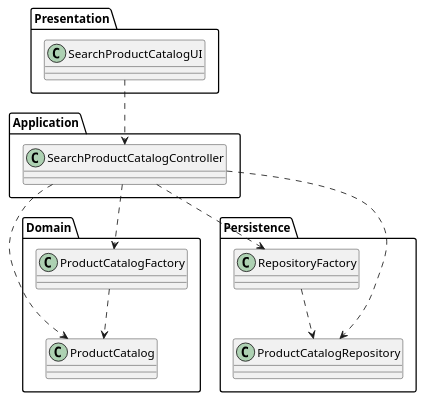
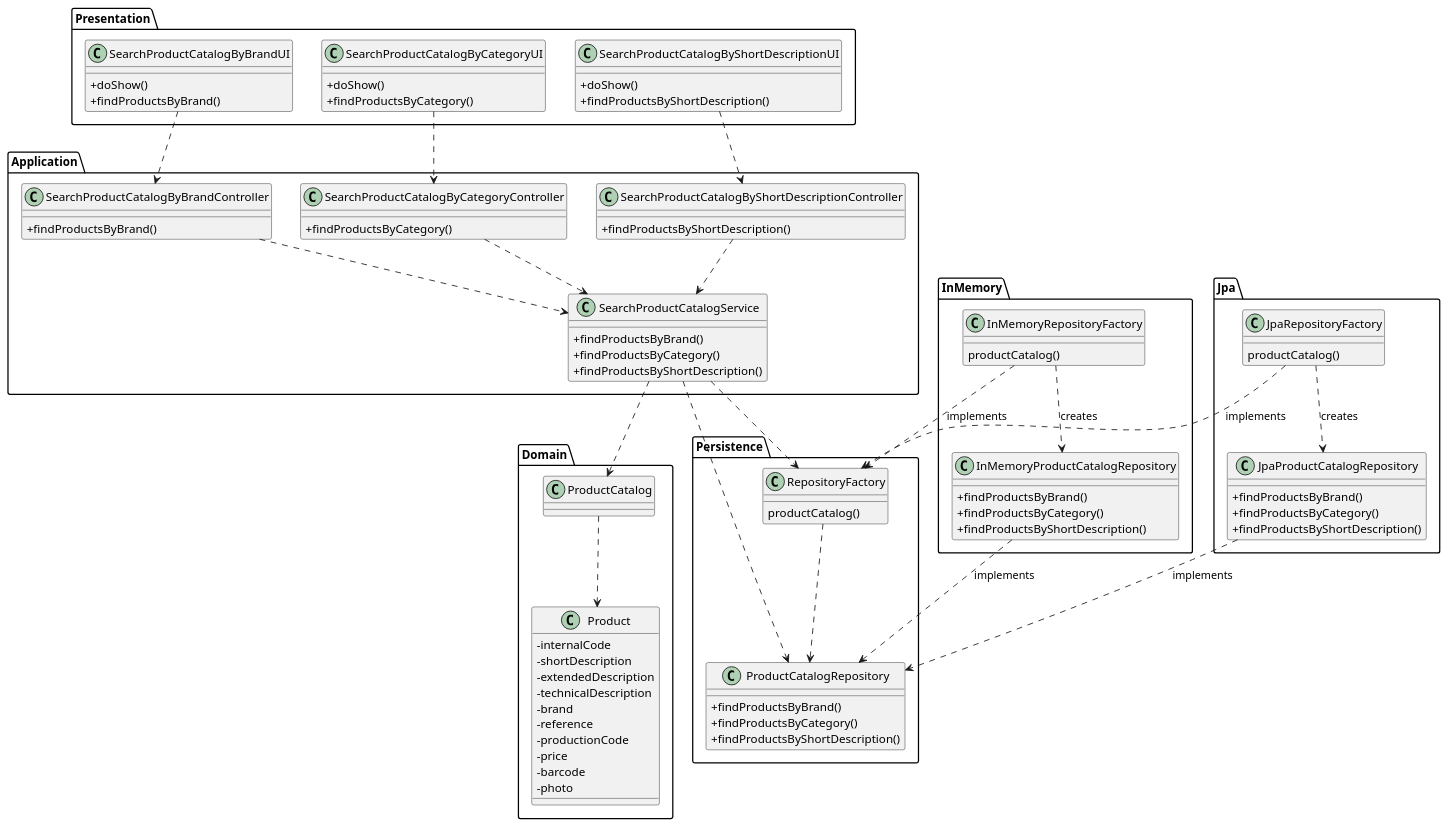
One commit to 1190772/LAB-Project-4 changed the diagram in Documentação/1200616/US1002/US1002_CD.puml. Above: the diagram before and after it, drawn with PlantUML. The commit also changed 1 other file, not shown here.

```diff
--- a/Documentação/1200616/US1002/US1002_CD.puml
+++ b/Documentação/1200616/US1002/US1002_CD.puml
@@ -1,40 +1,117 @@
 @startuml
 skinparam classAttributeIconSize 0
 
 Package Presentation{
-class SearchProductCatalogUI {
+class SearchProductCatalogByBrandUI {
+    +doShow()
+    +findProductsByBrand()
 }
+
+class SearchProductCatalogByCategoryUI {
+    +doShow()
+    +findProductsByCategory()
+}
+
+class SearchProductCatalogByShortDescriptionUI {
+    +doShow()
+    +findProductsByShortDescription()
+}
+
 }
 
 Package Application{
 
-class SearchProductCatalogController {
+class SearchProductCatalogByBrandController {
+    +findProductsByBrand()
+}
+
+class SearchProductCatalogByCategoryController {
+    +findProductsByCategory()
+}
+
+class SearchProductCatalogByShortDescriptionController {
+    +findProductsByShortDescription()
+}
+
+class SearchProductCatalogService{
+    +findProductsByBrand()
+    +findProductsByCategory()
+    +findProductsByShortDescription()
 }
 }
 
 Package Domain{
 
 class ProductCatalog {
 }
 
-class ProductCatalogFactory{
+class Product{
+  -internalCode
+  -shortDescription
+  -extendedDescription
+  -technicalDescription
+  -brand
+  -reference
+  -productionCode
+  -price
+  -barcode
+  -photo
 }
 }
 
 
 Package Persistence{
 class RepositoryFactory{
+    productCatalog()
 }
 
 class ProductCatalogRepository{
+    +findProductsByBrand()
+    +findProductsByCategory()
+    +findProductsByShortDescription()
 }
 }
 
-SearchProductCatalogUI ..> SearchProductCatalogController
-SearchProductCatalogController ..> ProductCatalog
-SearchProductCatalogController ..> ProductCatalogRepository
-SearchProductCatalogController ..> RepositoryFactory
-SearchProductCatalogController ..> ProductCatalogFactory
+Package InMemory{
+class InMemoryProductCatalogRepository{
+    +findProductsByBrand()
+    +findProductsByCategory()
+    +findProductsByShortDescription()
+}
+
+class InMemoryRepositoryFactory{
+    productCatalog()
+}
+}
+
+Package Jpa{
+class JpaProductCatalogRepository{
+    +findProductsByBrand()
+    +findProductsByCategory()
+    +findProductsByShortDescription()
+}
+
+class JpaRepositoryFactory{
+    productCatalog()
+}   
+}
+
+SearchProductCatalogByBrandUI ..> SearchProductCatalogByBrandController
+SearchProductCatalogByCategoryUI ..> SearchProductCatalogByCategoryController
+SearchProductCatalogByShortDescriptionUI ..> SearchProductCatalogByShortDescriptionController
+SearchProductCatalogByBrandController ..> SearchProductCatalogService
+SearchProductCatalogByCategoryController ..> SearchProductCatalogService
+SearchProductCatalogByShortDescriptionController ..> SearchProductCatalogService
+SearchProductCatalogService ..> ProductCatalog
+ProductCatalog ..> Product
+SearchProductCatalogService ..> ProductCatalogRepository
+SearchProductCatalogService ..> RepositoryFactory
 RepositoryFactory ..> ProductCatalogRepository
-ProductCatalogFactory..> ProductCatalog
+InMemoryRepositoryFactory ..> RepositoryFactory : implements
+JpaRepositoryFactory ..> RepositoryFactory : implements
+InMemoryRepositoryFactory ..> InMemoryProductCatalogRepository : creates
+JpaRepositoryFactory ..> JpaProductCatalogRepository : creates
+InMemoryProductCatalogRepository ..> ProductCatalogRepository : implements
+JpaProductCatalogRepository ..> ProductCatalogRepository : implements
+
 @enduml
```
